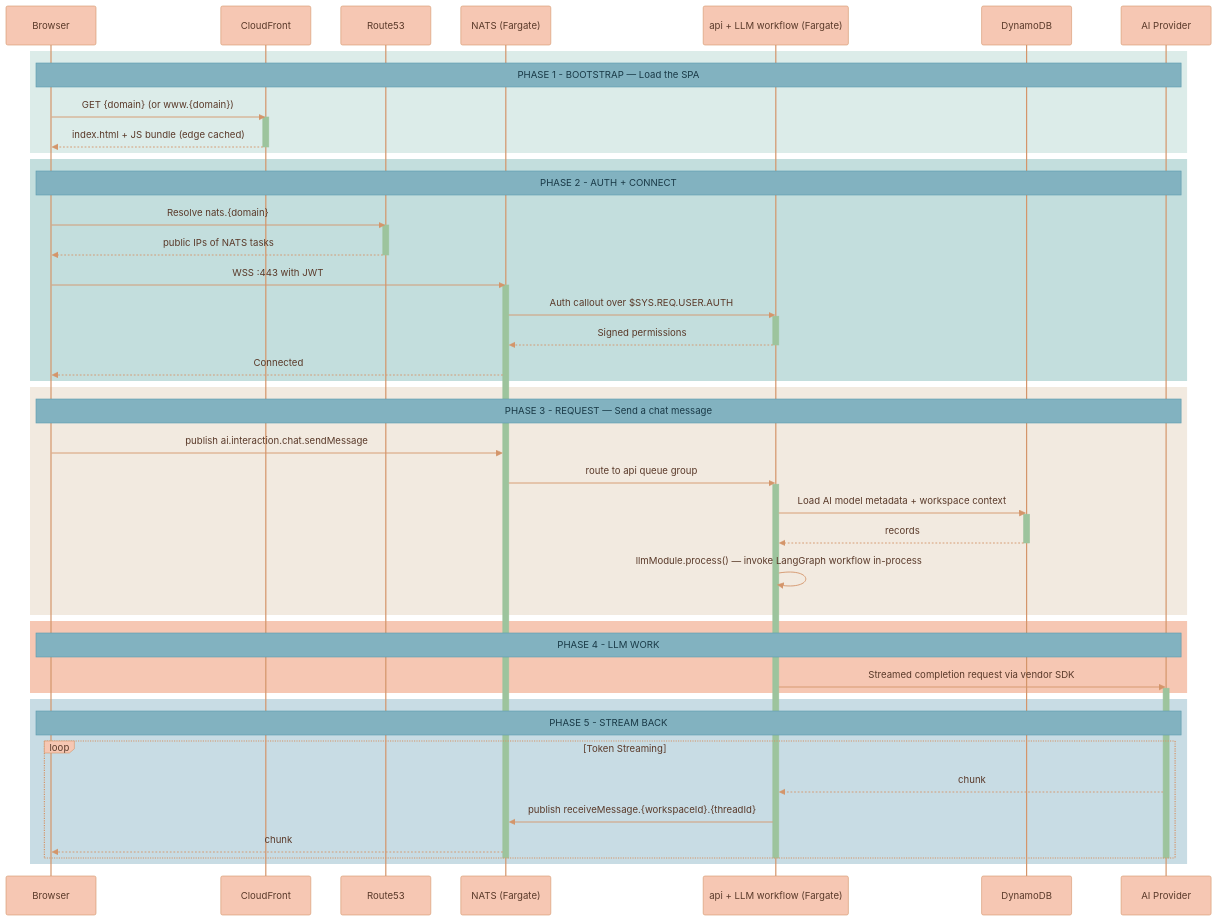
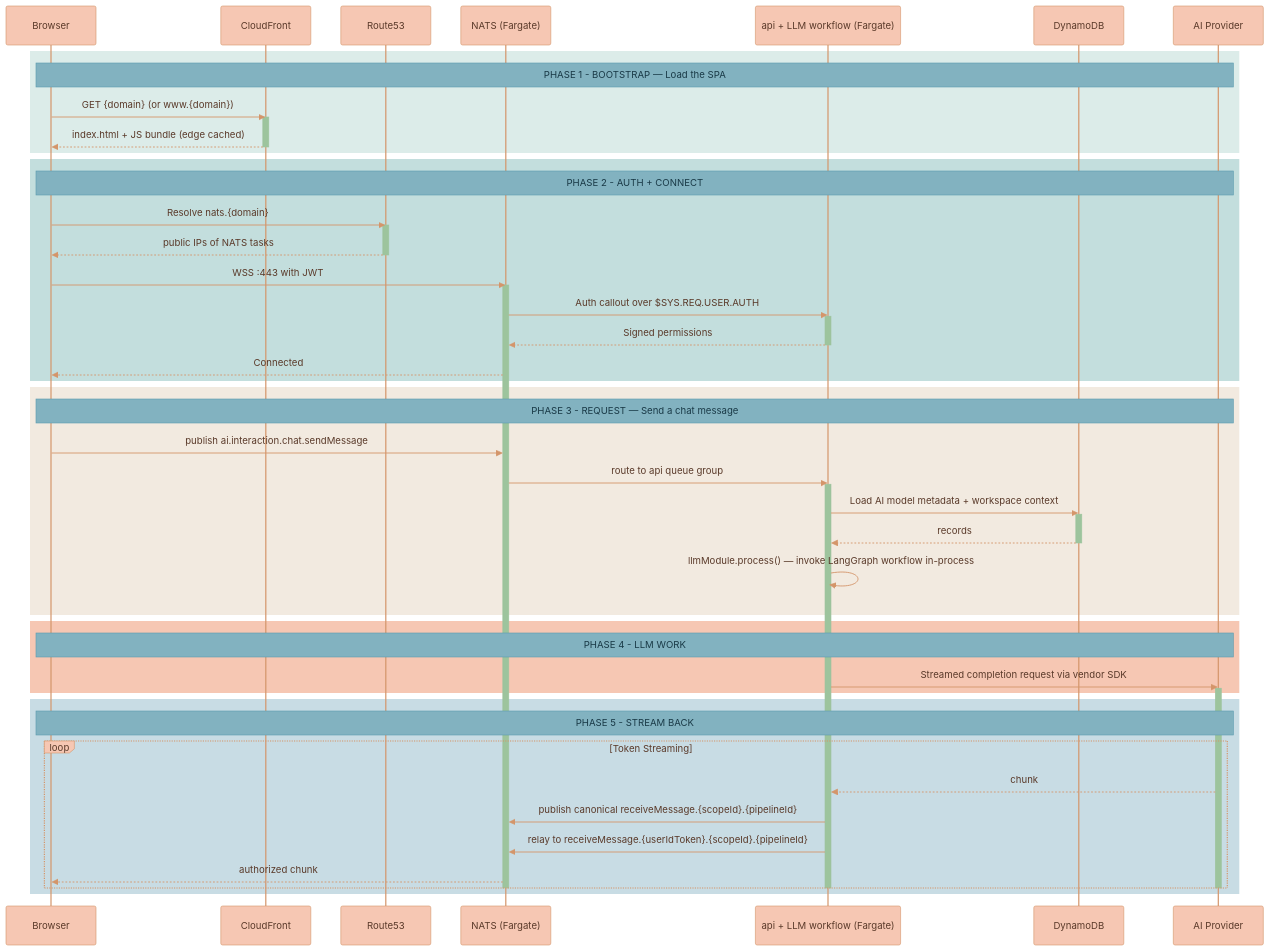
One commit to Lixpi/lixpi changed the fifth of 5 diagrams in documentation/platform/deployment/INFRASTRUCTURE-OVERVIEW.md. Above: the diagram before and after it, drawn with Mermaid. The commit also changed other lines of this file and 225 other files, not shown here.

````diff
--- a/documentation/platform/deployment/INFRASTRUCTURE-OVERVIEW.md
+++ b/documentation/platform/deployment/INFRASTRUCTURE-OVERVIEW.md
@@ -356,64 +384,65 @@
 ```mermaid
 %%{init: {'theme': 'base', 'themeVariables': { 'noteBkgColor': '#82B2C0', 'noteTextColor': '#1a3a47', 'noteBorderColor': '#5a9aad', 'actorBkg': '#F6C7B3', 'actorBorder': '#d4956a', 'actorTextColor': '#5a3a2a', 'actorLineColor': '#d4956a', 'signalColor': '#d4956a', 'signalTextColor': '#5a3a2a', 'labelBoxBkgColor': '#F6C7B3', 'labelBoxBorderColor': '#d4956a', 'labelTextColor': '#5a3a2a', 'loopTextColor': '#5a3a2a', 'activationBorderColor': '#9DC49D', 'activationBkgColor': '#9DC49D', 'sequenceNumberColor': '#5a3a2a'}}}%%
 sequenceDiagram
     participant Browser
     participant CF as CloudFront
     participant R53 as Route53
     participant NATS as NATS (Fargate)
     participant API as api + LLM workflow (Fargate)
     participant DDB as DynamoDB
     participant AI as AI Provider
 
     rect rgb(220, 236, 233)
         Note over Browser, AI: PHASE 1 - BOOTSTRAP — Load the SPA
         Browser->>CF: GET {domain} (or www.{domain})
         activate CF
         CF-->>Browser: index.html + JS bundle (edge cached)
         deactivate CF
     end
 
     rect rgb(195, 222, 221)
         Note over Browser, AI: PHASE 2 - AUTH + CONNECT
         Browser->>R53: Resolve nats.{domain}
         activate R53
         R53-->>Browser: public IPs of NATS tasks
         deactivate R53
         Browser->>NATS: WSS :443 with JWT
         activate NATS
         NATS->>API: Auth callout over $SYS.REQ.USER.AUTH
         activate API
         API-->>NATS: Signed permissions
         deactivate API
         NATS-->>Browser: Connected
     end
 
     rect rgb(242, 234, 224)
         Note over Browser, AI: PHASE 3 - REQUEST — Send a chat message
         Browser->>NATS: publish ai.interaction.chat.sendMessage
         NATS->>API: route to api queue group
         activate API
         API->>DDB: Load AI model metadata + workspace context
         activate DDB
         DDB-->>API: records
         deactivate DDB
         API->>API: llmModule.process() — invoke LangGraph workflow in-process
     end
 
     rect rgb(246, 199, 179)
         Note over Browser, AI: PHASE 4 - LLM WORK
         API->>AI: Streamed completion request via vendor SDK
         activate AI
     end
 
     rect rgb(200, 220, 228)
         Note over Browser, AI: PHASE 5 - STREAM BACK
         loop Token Streaming
             AI-->>API: chunk
-            API->>NATS: publish receiveMessage.{workspaceId}.{threadId}
-            NATS-->>Browser: chunk
+            API->>NATS: publish canonical receiveMessage.{scopeId}.{pipelineId}
+            API->>NATS: relay to receiveMessage.{userIdToken}.{scopeId}.{pipelineId}
+            NATS-->>Browser: authorized chunk
         end
         deactivate AI
         deactivate API
         deactivate NATS
     end
 ```
````
